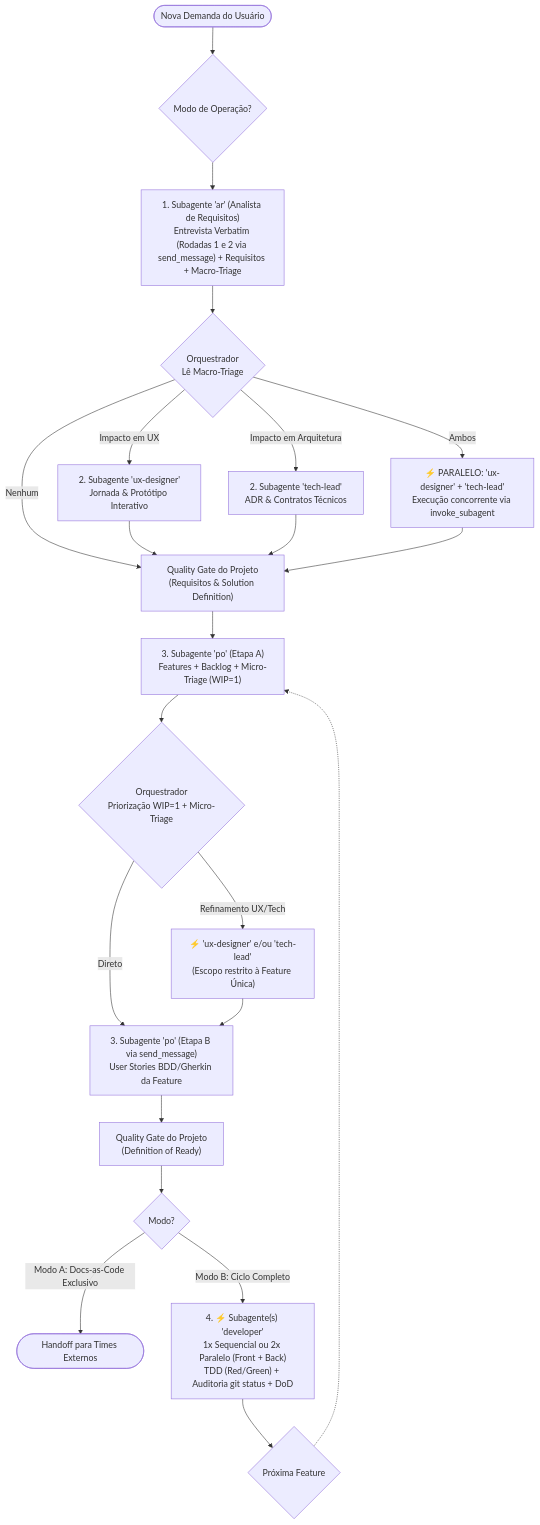
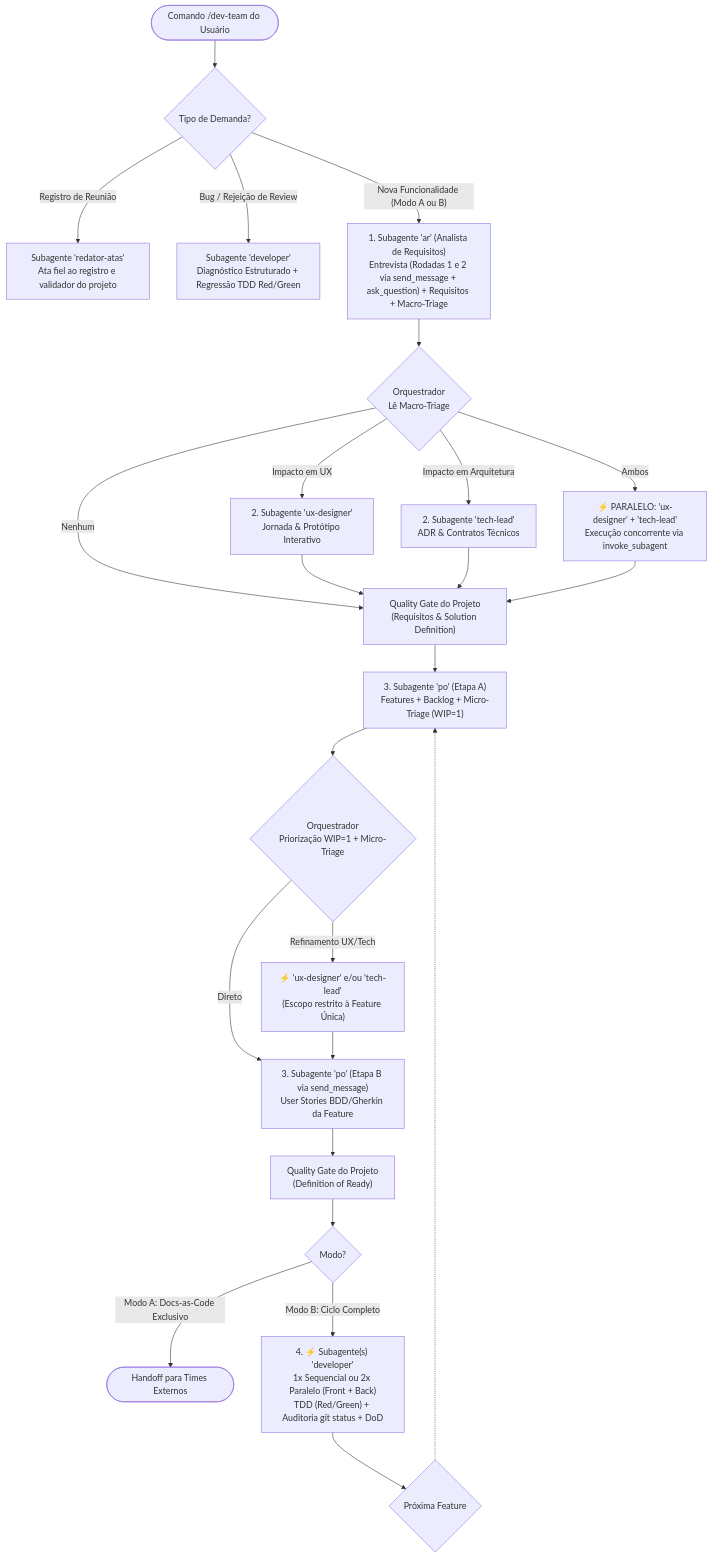
The diagram in README.md (renatorlemos-gif/dev-team), drawn with Mermaid before and after one commit. The commit also changed other lines of this file and 16 other files, not shown here.

Commit message:
refactor(v2.1.0): embed specialist procedures directly in agents/*.md and keep only /dev-team orchestrator skill

````diff
--- a/README.md
+++ b/README.md
@@ -9,33 +9,35 @@
 ```mermaid
 graph TD
-    Demanda([Nova Demanda do Usuário]) --> MODO{Modo de Operação?}
+    Demanda([Comando /dev-team do Usuário]) --> ROTA{Tipo de Demanda?}
 
-    MODO --> AR["1. Subagente 'ar' (Analista de Requisitos)<br/>Entrevista Verbatim (Rodadas 1 e 2 via send_message) + Requisitos + Macro-Triage"]
+    ROTA -->|"Registro de Reunião"| ATA["Subagente 'redator-atas'<br/>Ata fiel ao registro e validador do projeto"]
+    ROTA -->|"Bug / Rejeição de Review"| BUG["Subagente 'developer'<br/>Diagnóstico Estruturado + Regressão TDD Red/Green"]
+    ROTA -->|"Nova Funcionalidade (Modo A ou B)"| AR["1. Subagente 'ar' (Analista de Requisitos)<br/>Entrevista (Rodadas 1 e 2 via send_message + ask_question) + Requisitos + Macro-Triage"]
 
     AR --> TRIAGE{"Orquestrador<br/>Lê Macro-Triage"}
 
     TRIAGE -->|"Impacto em UX"| UX["2. Subagente 'ux-designer'<br/>Jornada & Protótipo Interativo"]
     TRIAGE -->|"Impacto em Arquitetura"| TL["2. Subagente 'tech-lead'<br/>ADR & Contratos Técnicos"]
     TRIAGE -->|"Ambos"| BOTH["⚡ PARALELO: 'ux-designer' + 'tech-lead'<br/>Execução concorrente via invoke_subagent"]
     TRIAGE -->|"Nenhum"| GATE_REQ["Quality Gate do Projeto<br/>(Requisitos & Solution Definition)"]
 
     UX --> GATE_REQ
     TL --> GATE_REQ
     BOTH --> GATE_REQ
 
     GATE_REQ --> PO_FEAT["3. Subagente 'po' (Etapa A)<br/>Features + Backlog + Micro-Triage (WIP=1)"]
     PO_FEAT --> MICRO{"Orquestrador<br/>Priorização WIP=1 + Micro-Triage"}
     MICRO -->|"Refinamento UX/Tech"| REFINE["⚡ 'ux-designer' e/ou 'tech-lead'<br/>(Escopo restrito à Feature Única)"]
     MICRO -->|"Direto"| PO_US["3. Subagente 'po' (Etapa B via send_message)<br/>User Stories BDD/Gherkin da Feature"]
     REFINE --> PO_US
 
     PO_US --> GATE_READY["Quality Gate do Projeto<br/>(Definition of Ready)"]
 
     GATE_READY --> DEV_GATE{Modo?}
 
     DEV_GATE -->|"Modo A: Docs-as-Code Exclusivo"| HANDOFF([Handoff para Times Externos])
     DEV_GATE -->|"Modo B: Ciclo Completo"| DEV["4. ⚡ Subagente(s) 'developer'<br/>1x Sequencial ou 2x Paralelo (Front + Back)<br/>TDD (Red/Green) + Auditoria git status + DoD"]
 
     DEV --> LOOP{"Próxima Feature"}
     LOOP -.-> PO_FEAT
 ```
````
